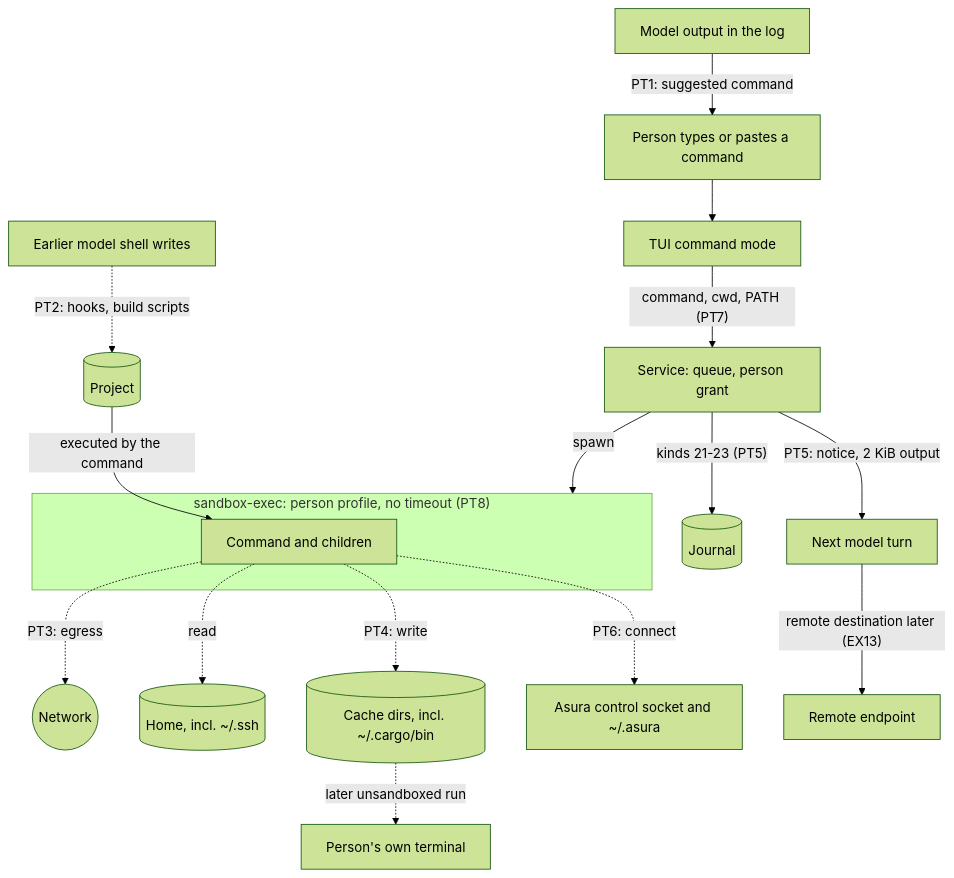
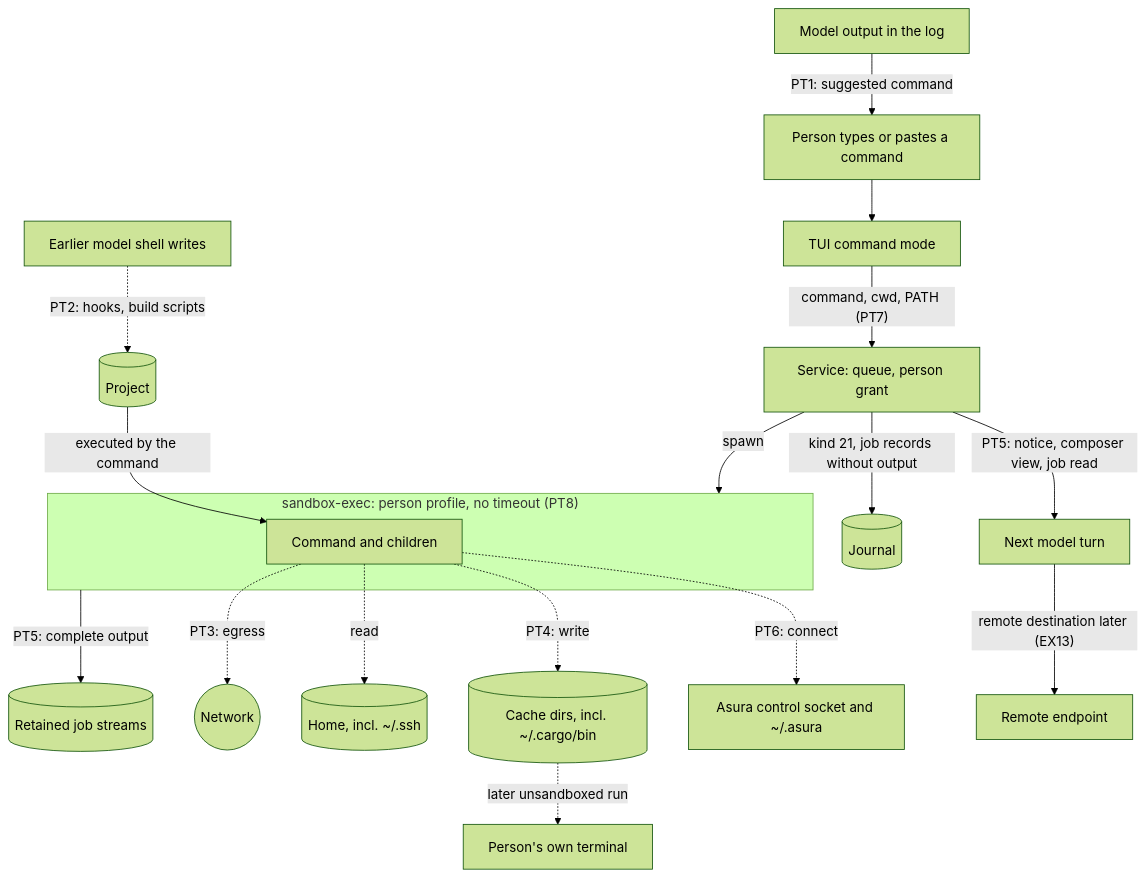
The second of 2 diagrams in docs/designs/execution-threat-model.md (pidster/asura), drawn with Mermaid (forest theme) before and after one commit. The commit also changed other lines of this file and 4 other files, not shown here.

````diff
--- a/docs/designs/execution-threat-model.md
+++ b/docs/designs/execution-threat-model.md
@@ -175,20 +181,21 @@
 ```mermaid
 flowchart TD
     Model["Model output in the log"] -->|"PT1: suggested command"| Person["Person types or pastes a command"]
     Person --> TUI["TUI command mode"]
     TUI -->|"command, cwd, PATH (PT7)"| Svc["Service: queue, person grant"]
-    Svc -->|"kinds 21-23 (PT5)"| Journal[("Journal")]
+    Svc -->|"kind 21, job records without output"| Journal[("Journal")]
+    Box -->|"PT5: complete output"| Retained[("Retained job streams")]
     Svc -->|"spawn"| Box
     subgraph Box["sandbox-exec: person profile, no timeout (PT8)"]
         Cmd["Command and children"]
     end
     ModelWrites["Earlier model shell writes"] -.->|"PT2: hooks, build scripts"| Proj[("Project")]
     Proj -->|"executed by the command"| Cmd
     Cmd -.->|"PT3: egress"| Net(("Network"))
     Cmd -.->|"read"| Home[("Home, incl. ~/.ssh")]
     Cmd -.->|"PT4: write"| Cache[("Cache dirs, incl. ~/.cargo/bin")]
     Cmd -.->|"PT6: connect"| Ctl["Asura control socket and ~/.asura"]
-    Svc -->|"PT5: notice, 2 KiB output"| Next["Next model turn"]
+    Svc -->|"PT5: notice, composer view, job read"| Next["Next model turn"]
     Next -->|"remote destination later (EX13)"| Remote["Remote endpoint"]
     Cache -.->|"later unsandboxed run"| Terminal["Person's own terminal"]
 ```
````
